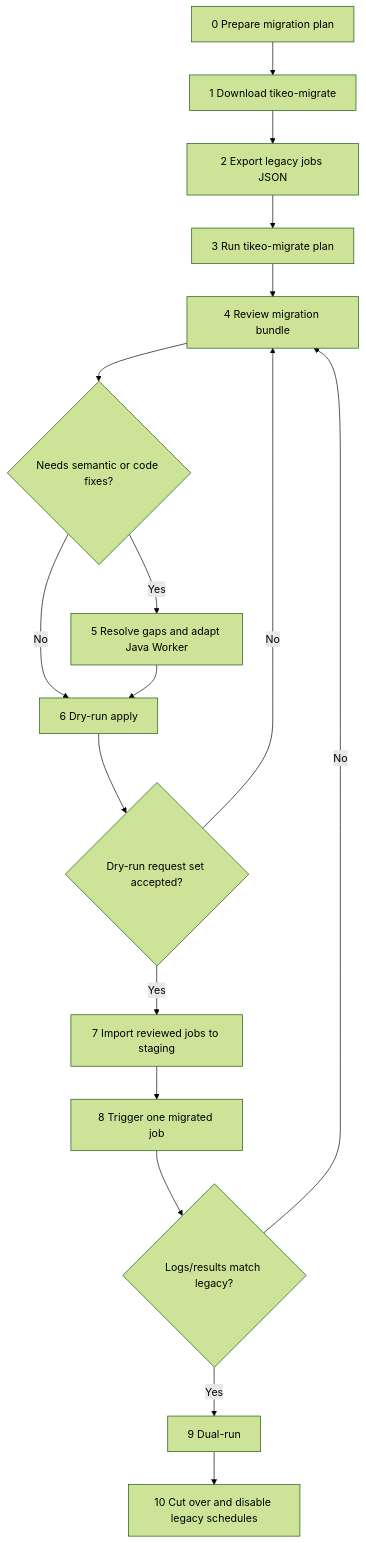
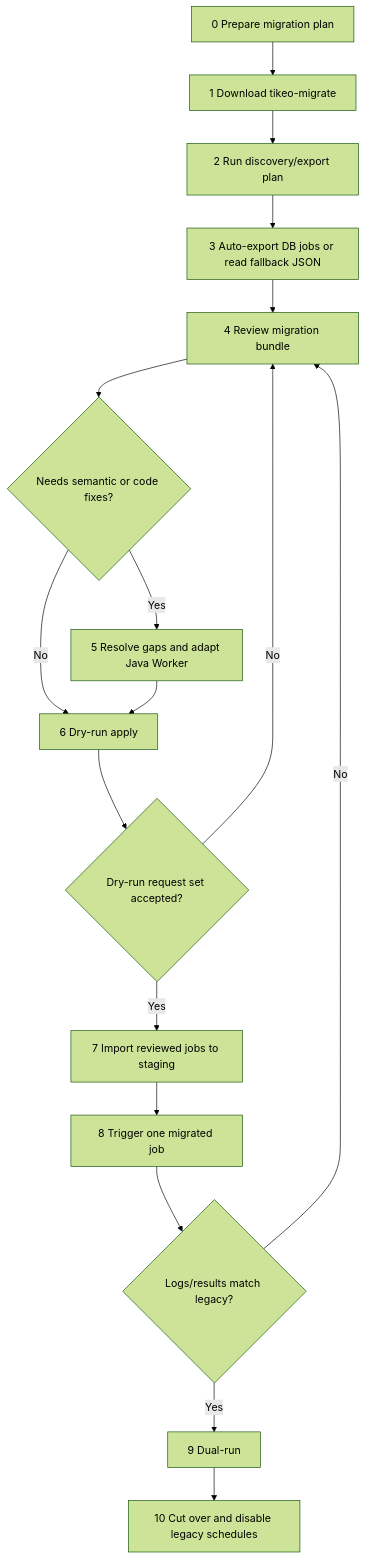
Before and after one commit to yhyzgn/tikeo: the diagram in docs/docs/integrations/migrating-from-legacy-schedulers.md, drawn with Mermaid (forest theme). The commit also changed other lines of this file and 8 other files, not shown here.

Commit message:
Auto-export legacy scheduler data in migration CLI

````diff
--- a/docs/docs/integrations/migrating-from-legacy-schedulers.md
+++ b/docs/docs/integrations/migrating-from-legacy-schedulers.md
@@ -30,19 +30,19 @@
 ```mermaid
 flowchart TD
   A[0 Prepare migration plan] --> B[1 Download tikeo-migrate]
-  B --> C[2 Export legacy jobs JSON]
-  C --> D[3 Run tikeo-migrate plan]
+  B --> C[2 Run discovery/export plan]
+  C --> D[3 Auto-export DB jobs or read fallback JSON]
   D --> E[4 Review migration bundle]
   E --> F{Needs semantic or code fixes?}
   F -- Yes --> G[5 Resolve gaps and adapt Java Worker]
   F -- No --> H[6 Dry-run apply]
   G --> H
   H --> I{Dry-run request set accepted?}
   I -- No --> E
   I -- Yes --> J[7 Import reviewed jobs to staging]
   J --> K[8 Trigger one migrated job]
   K --> L{Logs/results match legacy?}
   L -- No --> E
   L -- Yes --> M[9 Dual-run]
   M --> N[10 Cut over and disable legacy schedules]
 ```
````
